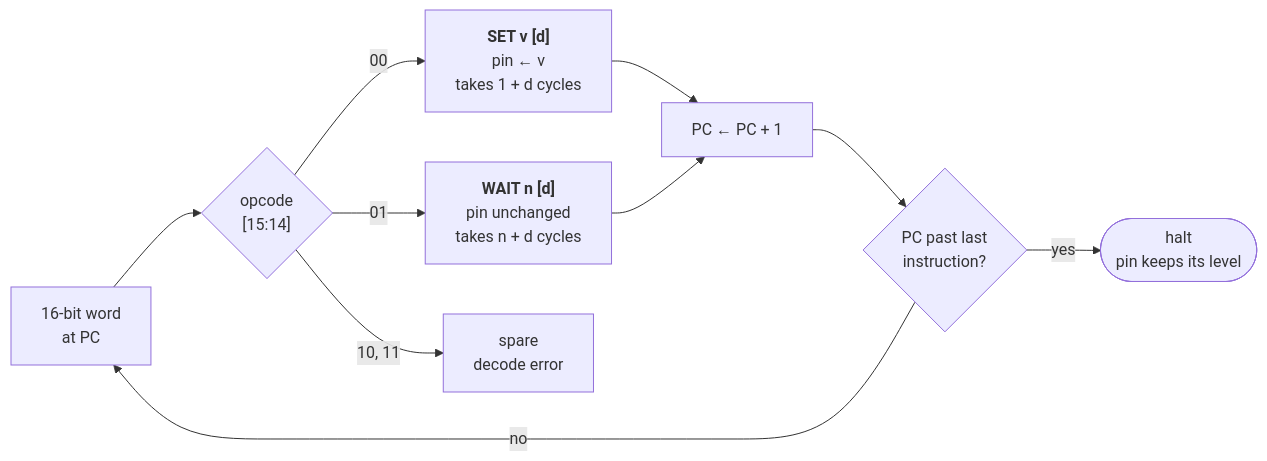
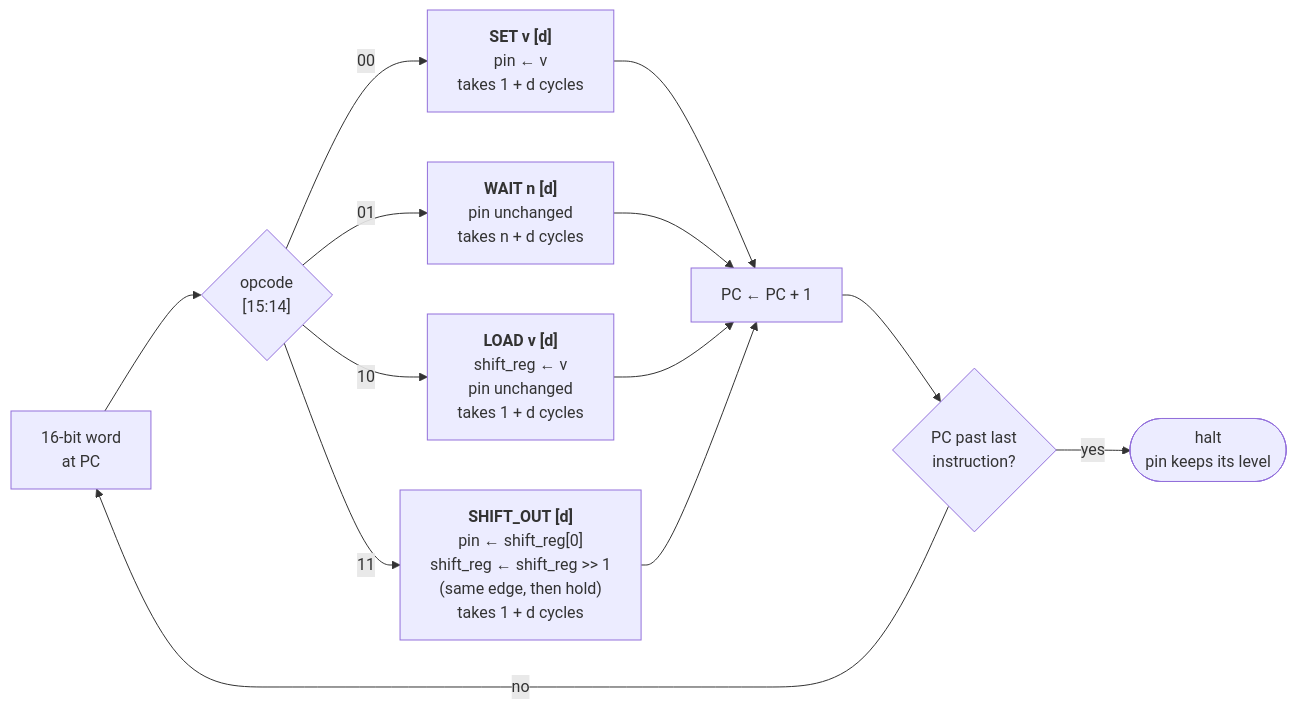
One commit to cshieldsce/smallcore changed the diagram in docs/isa_execute.mmd. Above: the diagram before and after it, drawn with Mermaid. The commit also changed 12 other files, not shown here.

```diff
--- a/docs/isa_execute.mmd
+++ b/docs/isa_execute.mmd
@@ -1,10 +1,13 @@
 flowchart LR
   W["16-bit word<br/>at PC"] --> OP{"opcode<br/>[15:14]"}
   OP -->|00| SET["<b>SET v [d]</b><br/>pin ← v<br/>takes 1 + d cycles"]
   OP -->|01| WAIT["<b>WAIT n [d]</b><br/>pin unchanged<br/>takes n + d cycles"]
-  OP -->|"10, 11"| ERR["spare<br/>decode error"]
+  OP -->|10| LOAD["<b>LOAD v [d]</b><br/>shift_reg ← v<br/>pin unchanged<br/>takes 1 + d cycles"]
+  OP -->|11| SHIFT["<b>SHIFT_OUT [d]</b><br/>pin ← shift_reg[0]<br/>shift_reg ← shift_reg >> 1<br/>(same edge, then hold)<br/>takes 1 + d cycles"]
   SET --> NEXT["PC ← PC + 1"]
   WAIT --> NEXT
+  LOAD --> NEXT
+  SHIFT --> NEXT
   NEXT --> END{"PC past last<br/>instruction?"}
   END -->|no| W
   END -->|yes| HALT(["halt<br/>pin keeps its level"])
```
